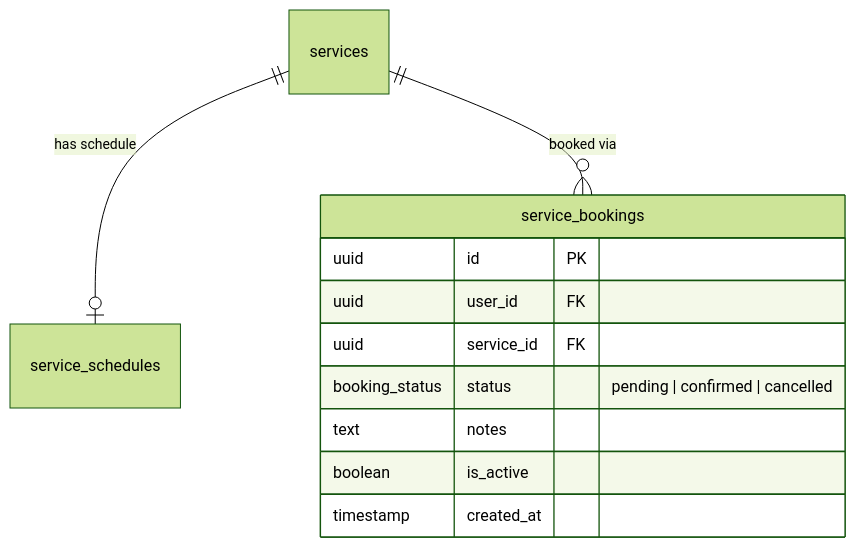
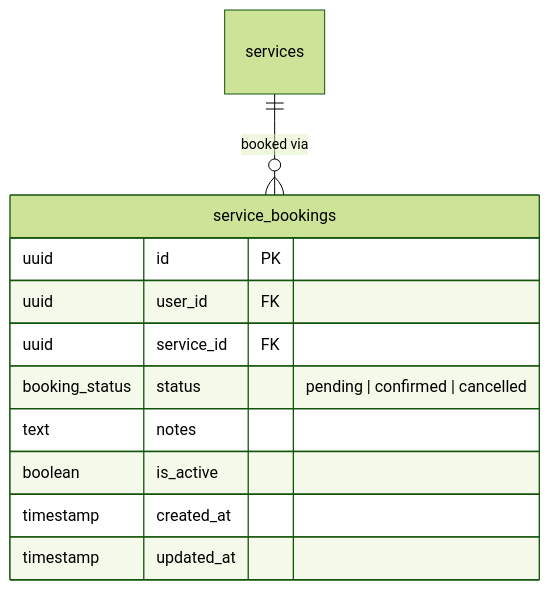
Before and after one commit to hack4impact/mcld-project: the second of 2 diagrams in docs/services.md, drawn with Mermaid (forest theme). The commit also changed other lines of this file and 2 other files, not shown here.

Commit message:
removed the schedules table , added a scheduled at blob to services to log time for services of type coaching

````diff
--- a/docs/services.md
+++ b/docs/services.md
@@ -43,15 +29,15 @@
 ```mermaid
 erDiagram
     service_bookings {
         uuid id PK
         uuid user_id FK
         uuid service_id FK
         booking_status status "pending | confirmed | cancelled"
         text notes
         boolean is_active
         timestamp created_at
+        timestamp updated_at
     }
 
-    services ||--o| service_schedules : "has schedule"
     services ||--o{ service_bookings : "booked via"
 ```
````
